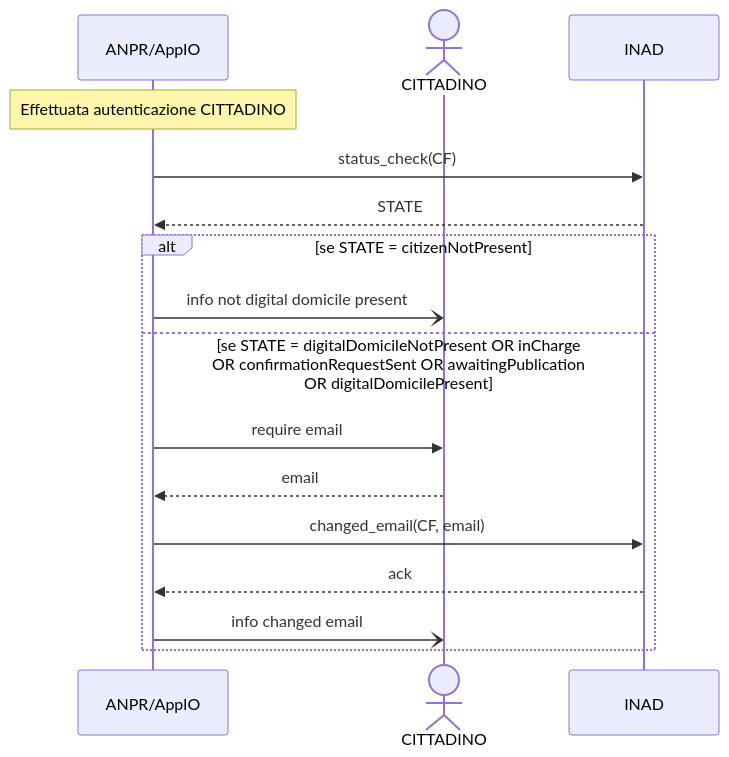
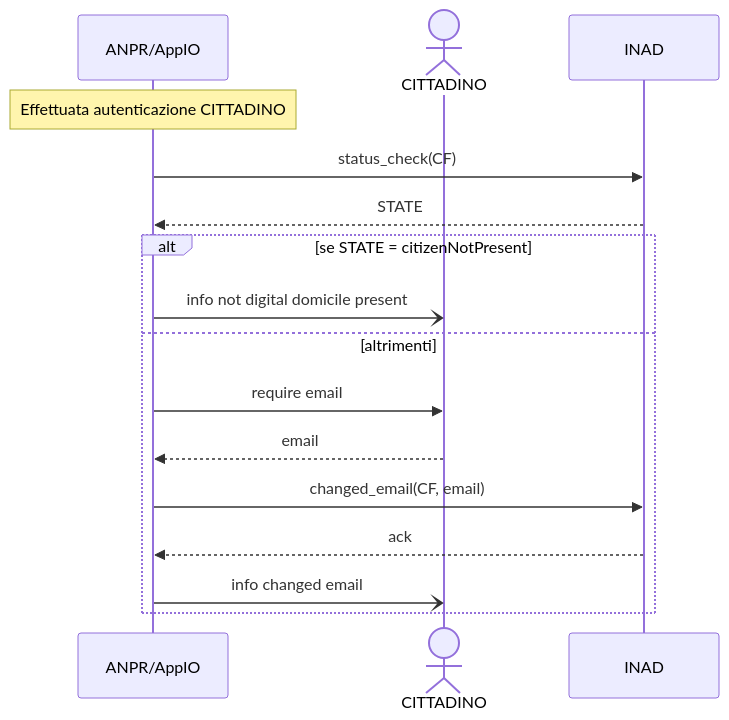
Before and after one commit to ioggstream/verify_integration_INAD_with_ANPR-IO: the diagram in mermind/UC008.md, drawn with Mermaid. The commit also changed 10 other files, not shown here.

````diff
--- a/mermind/UC008.md
+++ b/mermind/UC008.md
@@ -3,24 +3,24 @@
 ```mermaid
 sequenceDiagram
   participant A as ANPR/AppIO
   actor C as CITTADINO
   participant I as INAD
 
   Note over A: Effettuata autenticazione CITTADINO
 
   A ->> I: status_check(CF)
   I -->> A: STATE
 
   alt se STATE = citizenNotPresent 
     A -) C: info not digital domicile present
 
-  else se STATE = digitalDomicileNotPresent OR inCharge OR confirmationRequestSent OR awaitingPublication OR digitalDomicilePresent    
+  else altrimenti
     A ->> C: require email
     C -->> A: email 
     A ->> I: changed_email(CF, email)
     I -->> A: ack
     A -) C: info changed email
 
   end
 
   ```
````
